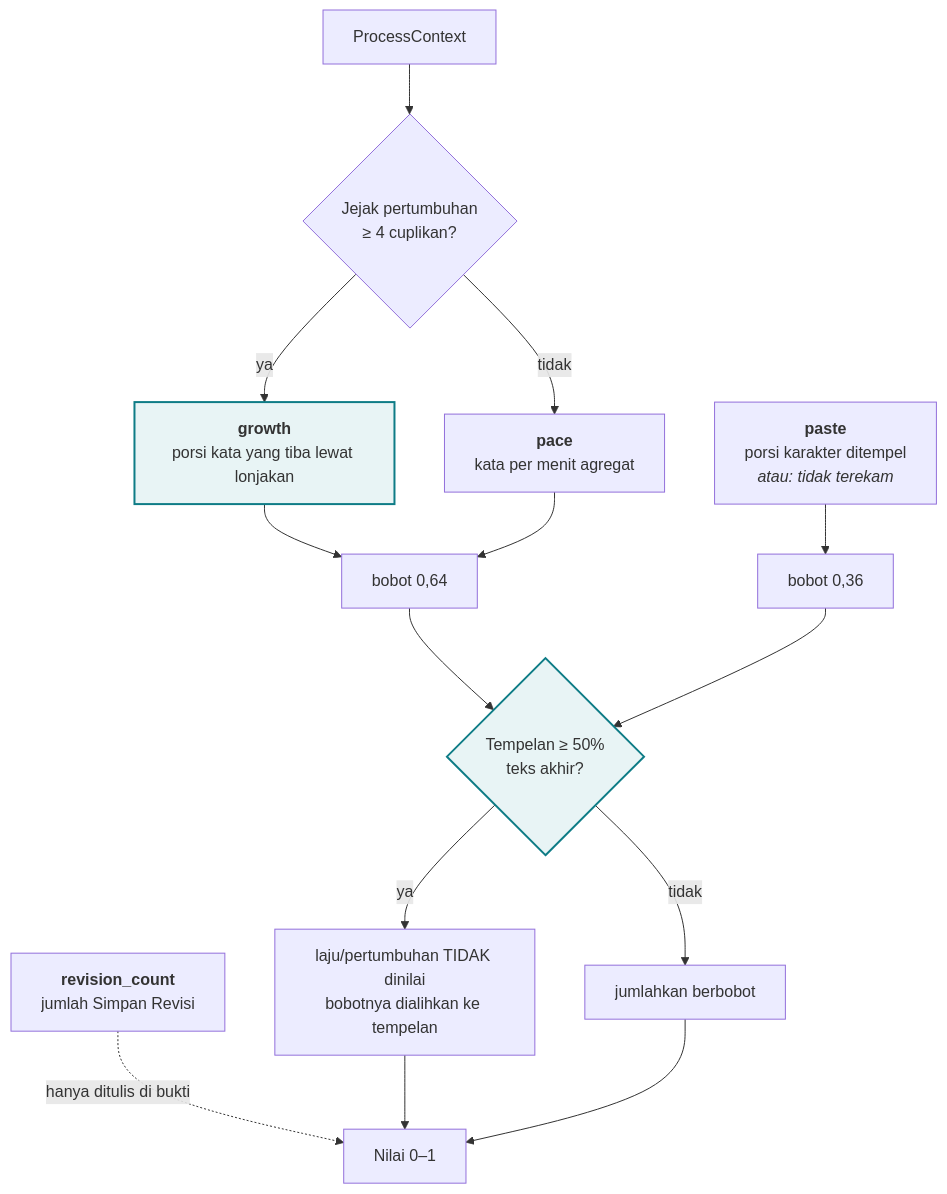
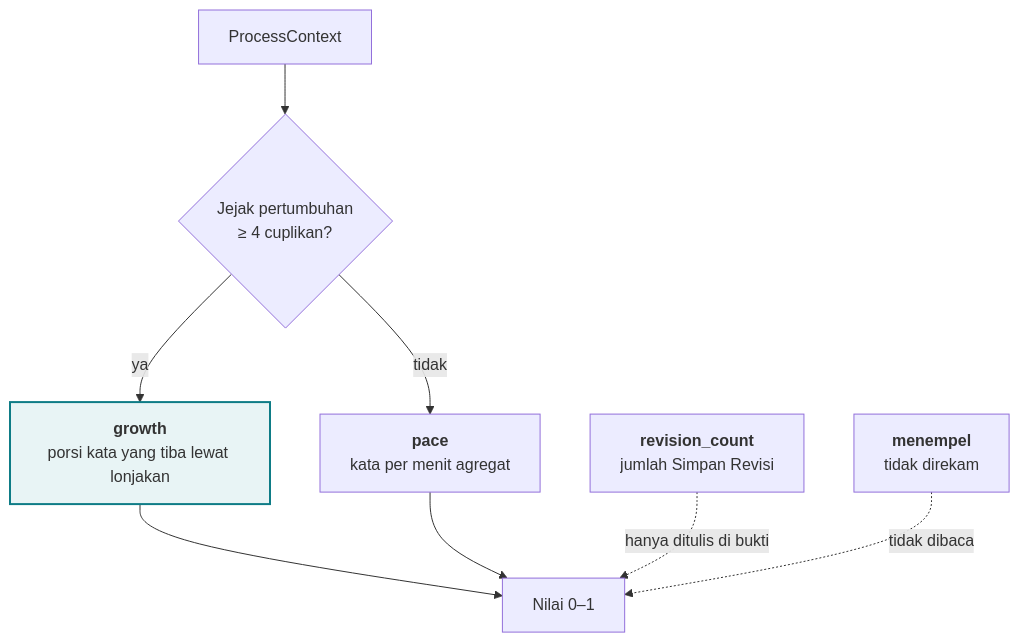
The fourth of 8 diagrams in diagram/05-alur-analisis.md (FadhRach/ThinkPath), drawn with Mermaid before and after one commit. The commit also changed other lines of this file and 16 other files, not shown here.

````diff
--- a/diagram/05-alur-analisis.md
+++ b/diagram/05-alur-analisis.md
@@ -177,22 +177,15 @@
 ```mermaid
 flowchart TB
     CTX["ProcessContext"] --> CEK{"Jejak pertumbuhan<br/>≥ 4 cuplikan?"}
 
     CEK -->|"ya"| GR["<b>growth</b><br/>porsi kata yang tiba lewat lonjakan"]
     CEK -->|"tidak"| PC["<b>pace</b><br/>kata per menit agregat"]
 
-    GR --> W["bobot 0,64"]
-    PC --> W
-    PS["<b>paste</b><br/>porsi karakter ditempel<br/><i>atau: tidak terekam</i>"] --> W3["bobot 0,36"]
+    GR --> VAL["Nilai 0–1"]
+    PC --> VAL
     RV["<b>revision_count</b><br/>jumlah Simpan Revisi"] -.->|"hanya ditulis di bukti"| VAL
-
-    W --> DOM{"Tempelan ≥ 50%<br/>teks akhir?"}
-    W3 --> DOM
-    DOM -->|"ya"| SKIP["laju/pertumbuhan TIDAK dinilai<br/>bobotnya dialihkan ke tempelan"]
-    DOM -->|"tidak"| NORM["jumlahkan berbobot"]
-    SKIP --> VAL["Nilai 0–1"]
-    NORM --> VAL
+    PS["<b>menempel</b><br/>tidak direkam"] -.->|"tidak dibaca"| VAL
 
     classDef kunci fill:#E8F4F5,stroke:#0E7C86,stroke-width:2px
-    class GR,DOM kunci
+    class GR kunci
 ```
````
